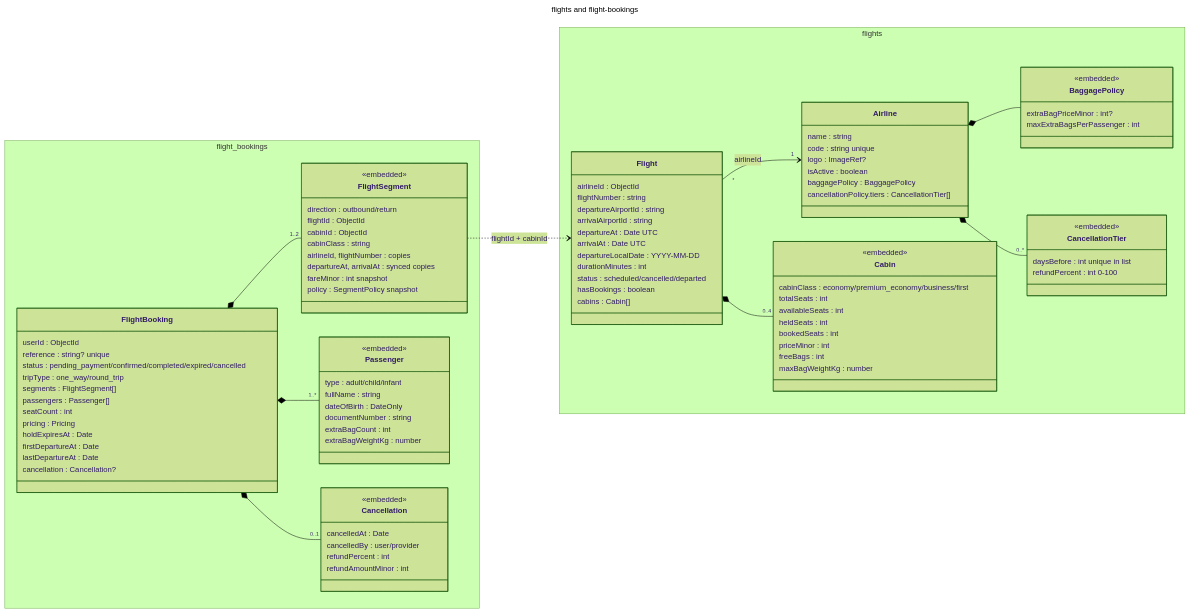
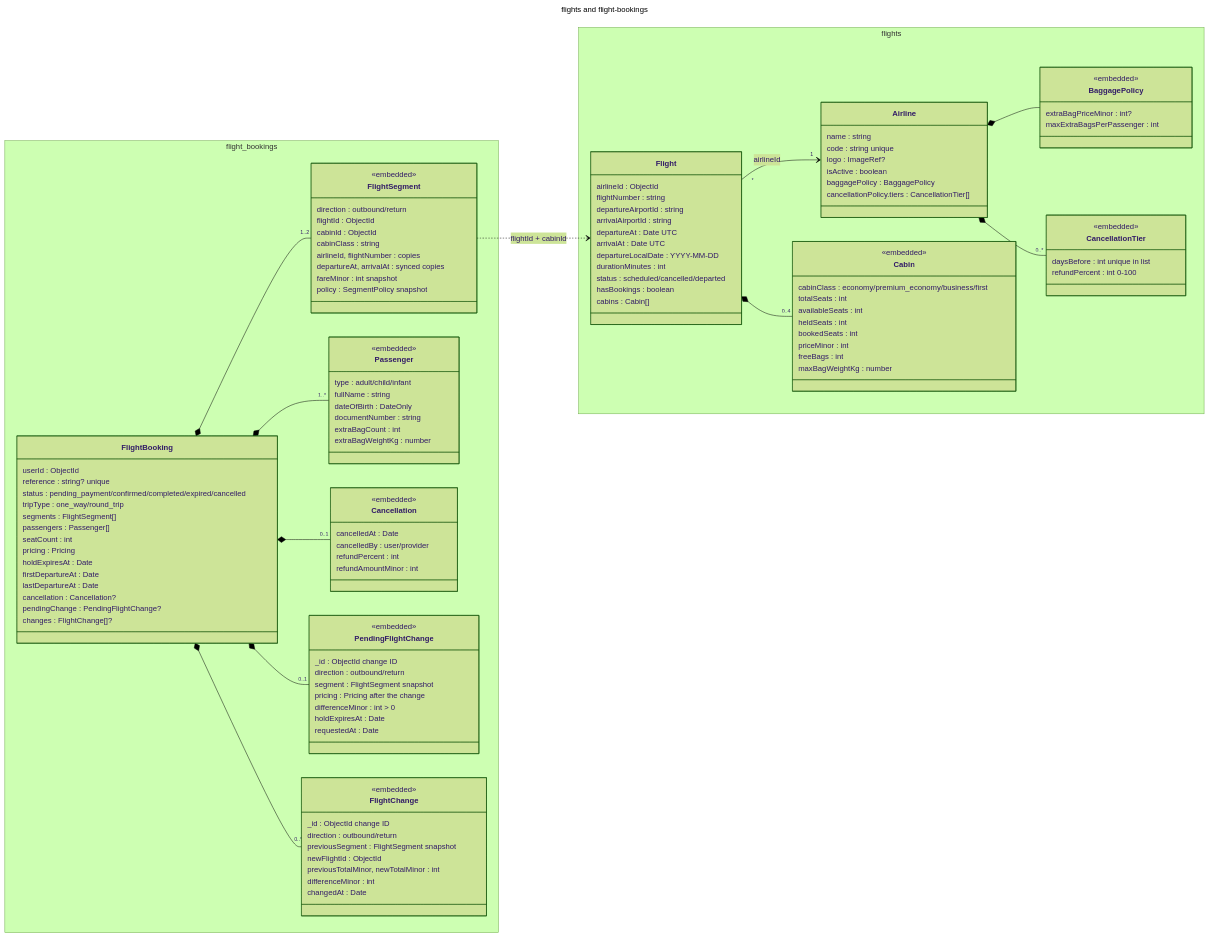
The diagram in docs/database/diagrams/02-flights.mmd (Host173/Man2o4ah), drawn with Mermaid (forest theme) before and after one commit. The commit also changed 3 other files, not shown here.

Commit message:
feat(flight-bookings): add pending change and change history to flight bookings (FLT-27)

```diff
--- a/docs/database/diagrams/02-flights.mmd
+++ b/docs/database/diagrams/02-flights.mmd
@@ -1,100 +1,124 @@
 ---
 title: flights and flight-bookings
 ---
 classDiagram
   direction LR
   namespace flights {
     class Airline {
       name : string
       code : string unique
       logo : ImageRef?
       isActive : boolean
       baggagePolicy : BaggagePolicy
       cancellationPolicy.tiers : CancellationTier[]
     }
     class BaggagePolicy {
       <<embedded>>
       extraBagPriceMinor : int?
       maxExtraBagsPerPassenger : int
     }
     class CancellationTier {
       <<embedded>>
       daysBefore : int unique in list
       refundPercent : int 0-100
     }
     class Flight {
       airlineId : ObjectId
       flightNumber : string
       departureAirportId : string
       arrivalAirportId : string
       departureAt : Date UTC
       arrivalAt : Date UTC
       departureLocalDate : YYYY-MM-DD
       durationMinutes : int
       status : scheduled/cancelled/departed
       hasBookings : boolean
       cabins : Cabin[]
     }
     class Cabin {
       <<embedded>>
       cabinClass : economy/premium_economy/business/first
       totalSeats : int
       availableSeats : int
       heldSeats : int
       bookedSeats : int
       priceMinor : int
       freeBags : int
       maxBagWeightKg : number
     }
   }
   namespace flight_bookings {
     class FlightBooking {
       userId : ObjectId
       reference : string? unique
       status : pending_payment/confirmed/completed/expired/cancelled
       tripType : one_way/round_trip
       segments : FlightSegment[]
       passengers : Passenger[]
       seatCount : int
       pricing : Pricing
       holdExpiresAt : Date
       firstDepartureAt : Date
       lastDepartureAt : Date
       cancellation : Cancellation?
+      pendingChange : PendingFlightChange?
+      changes : FlightChange[]?
     }
     class FlightSegment {
       <<embedded>>
       direction : outbound/return
       flightId : ObjectId
       cabinId : ObjectId
       cabinClass : string
       airlineId, flightNumber : copies
       departureAt, arrivalAt : synced copies
       fareMinor : int snapshot
       policy : SegmentPolicy snapshot
     }
     class Passenger {
       <<embedded>>
       type : adult/child/infant
       fullName : string
       dateOfBirth : DateOnly
       documentNumber : string
       extraBagCount : int
       extraBagWeightKg : number
     }
     class Cancellation {
       <<embedded>>
       cancelledAt : Date
       cancelledBy : user/provider
       refundPercent : int
       refundAmountMinor : int
     }
+    class PendingFlightChange {
+      <<embedded>>
+      _id : ObjectId change ID
+      direction : outbound/return
+      segment : FlightSegment snapshot
+      pricing : Pricing after the change
+      differenceMinor : int > 0
+      holdExpiresAt : Date
+      requestedAt : Date
+    }
+    class FlightChange {
+      <<embedded>>
+      _id : ObjectId change ID
+      direction : outbound/return
+      previousSegment : FlightSegment snapshot
+      newFlightId : ObjectId
+      previousTotalMinor, newTotalMinor : int
+      differenceMinor : int
+      changedAt : Date
+    }
   }
   Airline *-- BaggagePolicy
   Airline *-- "0..*" CancellationTier
   Flight "*" --> "1" Airline : airlineId
   Flight *-- "0..4" Cabin
   FlightBooking *-- "1..2" FlightSegment
   FlightBooking *-- "1..*" Passenger
   FlightBooking *-- "0..1" Cancellation
+  FlightBooking *-- "0..1" PendingFlightChange
+  FlightBooking *-- "0..*" FlightChange
   FlightSegment ..> Flight : flightId + cabinId
```
